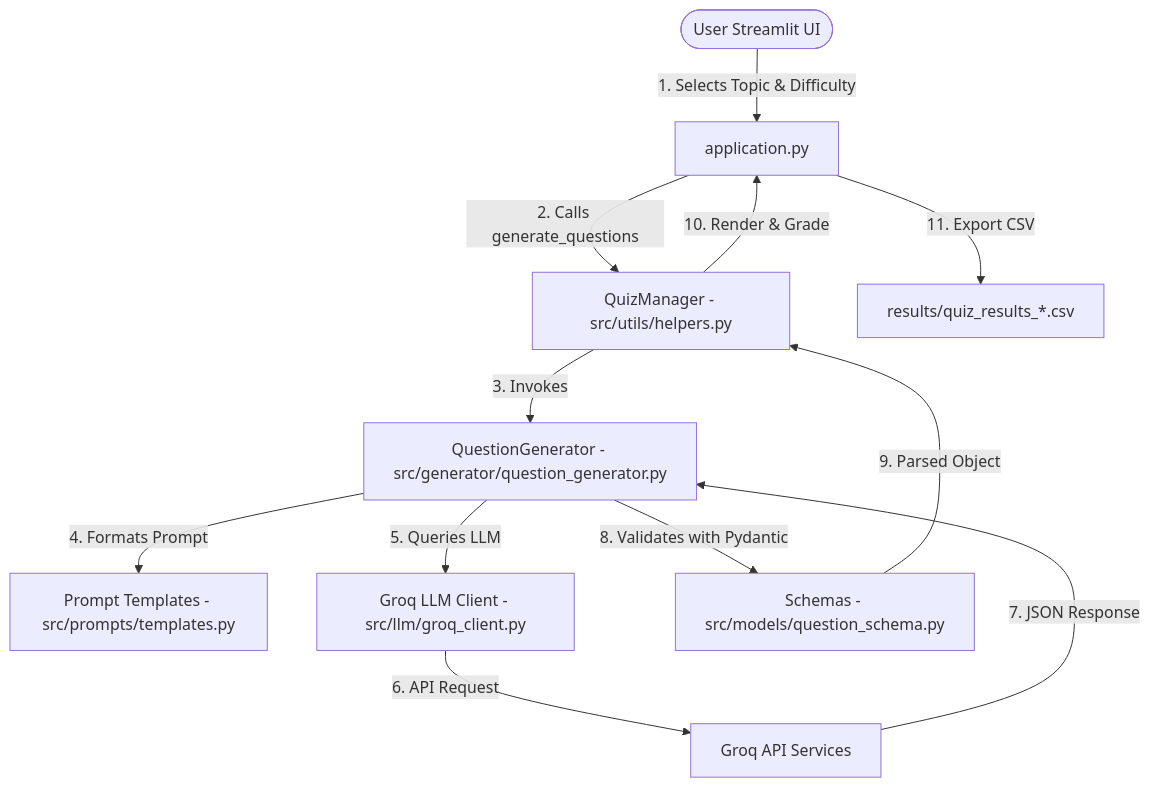
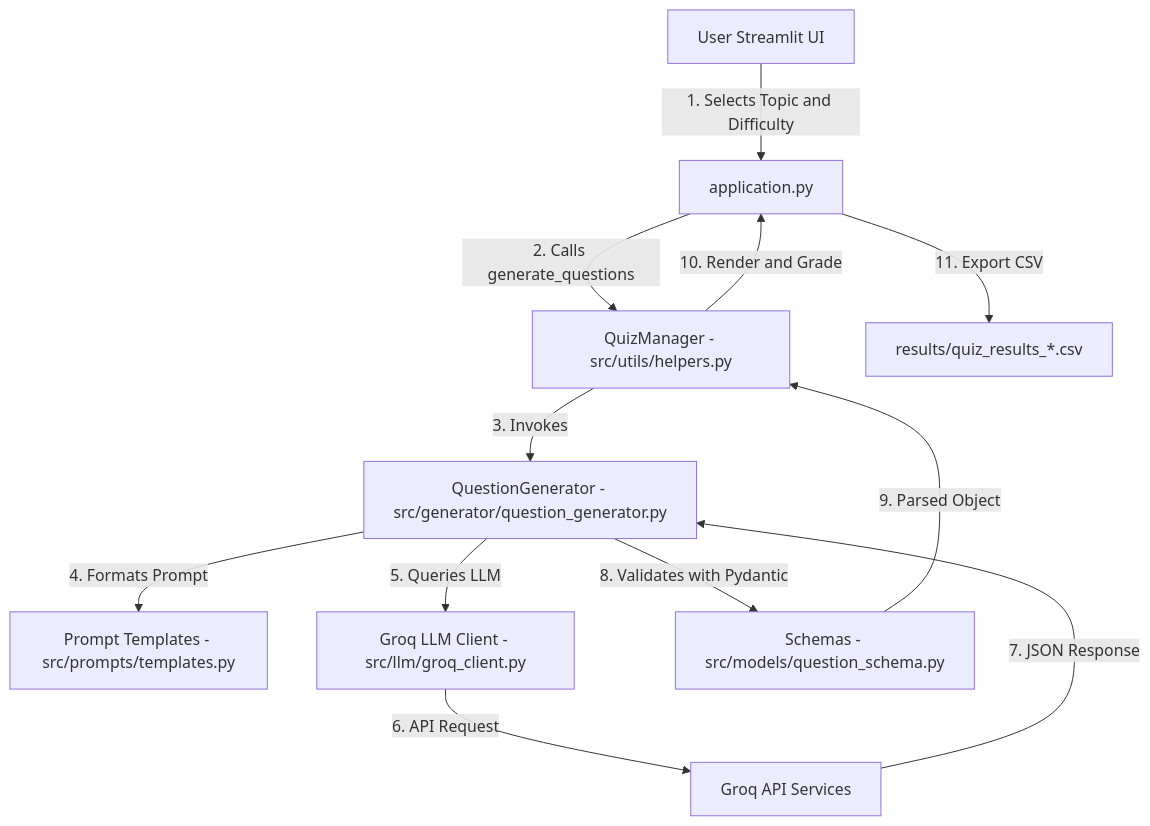
The first of 2 diagrams in README.md (maskedwolf4/StudyBudAI), drawn with Mermaid before and after one commit. The commit also changed other lines of this file, not shown here.

Commit message:
Readme file updated

````diff
--- a/README.md
+++ b/README.md
@@ -98,14 +98,14 @@
 ```mermaid
 flowchart TD
-    User([User Streamlit UI]) -->|1. Selects Topic & Difficulty| Application[application.py]
-    Application -->|2. Calls generate_questions| QuizManager[QuizManager - src/utils/helpers.py]
-    QuizManager -->|3. Invokes| Generator[QuestionGenerator - src/generator/question_generator.py]
-    Generator -->|4. Formats Prompt| PromptTemplates[Prompt Templates - src/prompts/templates.py]
-    Generator -->|5. Queries LLM| GroqClient[Groq LLM Client - src/llm/groq_client.py]
-    GroqClient -->|6. API Request| GroqAPI[Groq API Services]
-    GroqAPI -->|7. JSON Response| Generator
-    Generator -->|8. Validates with Pydantic| Schemas[Schemas - src/models/question_schema.py]
-    Schemas -->|9. Parsed Object| QuizManager
-    QuizManager -->|10. Render & Grade| Application
-    Application -->|11. Export CSV| CSV[results/quiz_results_*.csv]
+    User["User Streamlit UI"] -->|"1. Selects Topic and Difficulty"| Application["application.py"]
+    Application -->|"2. Calls generate_questions"| QuizManager["QuizManager - src/utils/helpers.py"]
+    QuizManager -->|"3. Invokes"| Generator["QuestionGenerator - src/generator/question_generator.py"]
+    Generator -->|"4. Formats Prompt"| PromptTemplates["Prompt Templates - src/prompts/templates.py"]
+    Generator -->|"5. Queries LLM"| GroqClient["Groq LLM Client - src/llm/groq_client.py"]
+    GroqClient -->|"6. API Request"| GroqAPI["Groq API Services"]
+    GroqAPI -->|"7. JSON Response"| Generator
+    Generator -->|"8. Validates with Pydantic"| Schemas["Schemas - src/models/question_schema.py"]
+    Schemas -->|"9. Parsed Object"| QuizManager
+    QuizManager -->|"10. Render and Grade"| Application
+    Application -->|"11. Export CSV"| CSV["results/quiz_results_*.csv"]
 ```
````
